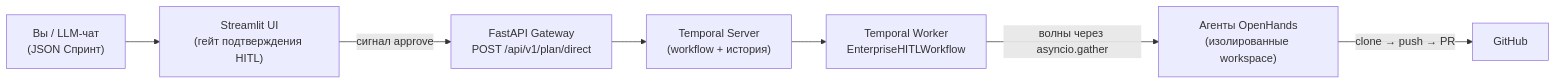
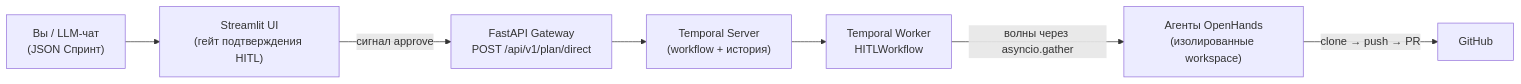
The diagram in README.ru.md (kartemiev/agent-orchestrator-lite), drawn with Mermaid before and after one commit. The commit also changed other lines of this file and 9 other files, not shown here.

````diff
--- a/README.ru.md
+++ b/README.ru.md
@@ -169,9 +147,9 @@
 ```mermaid
 flowchart LR
     U["Вы / LLM-чат<br/>(JSON Спринт)"] --> UI["Streamlit UI<br/>(гейт подтверждения HITL)"]
     UI -->|"сигнал approve"| API["FastAPI Gateway<br/>POST /api/v1/plan/direct"]
     API --> T["Temporal Server<br/>(workflow + история)"]
-    T --> W["Temporal Worker<br/>EnterpriseHITLWorkflow"]
+    T --> W["Temporal Worker<br/>HITLWorkflow"]
     W -->|"волны через asyncio.gather"| OH["Агенты OpenHands<br/>(изолированные workspace)"]
     OH -->|"clone → push → PR"| G["GitHub"]
 ```
````
